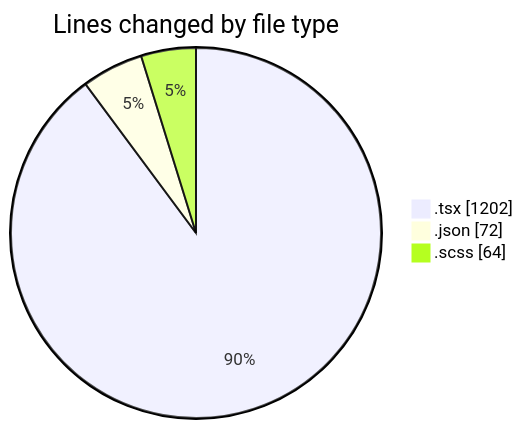
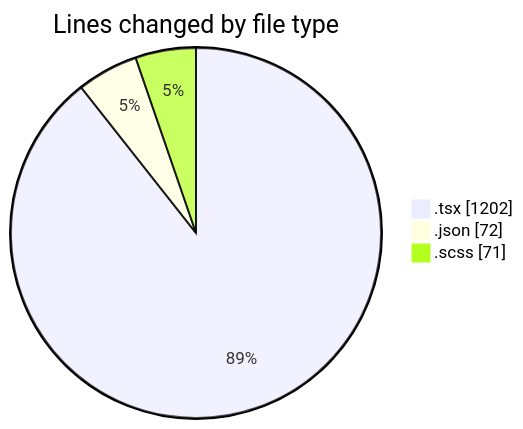
One commit to momahboobian/code-tracking changed the first of 2 diagrams in 2026-11-11/cda/README.md. Above: the diagram before and after it, drawn with Mermaid. The commit also changed other lines of this file and 1 other file, not shown here.

````diff
--- a/2026-11-11/cda/README.md
+++ b/2026-11-11/cda/README.md
@@ -26,7 +26,7 @@
 ```mermaid
 pie showData
 title Lines changed by file type
 ".tsx" : 1202
 ".json" : 72
-".scss" : 64
+".scss" : 71
 ```
````
